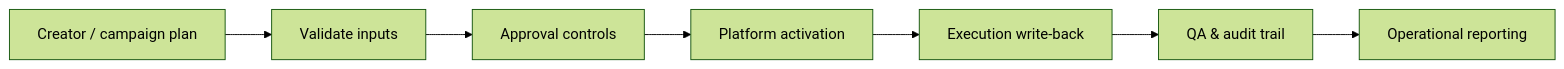
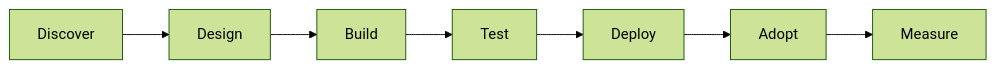
One commit to aisavvy90/ai-deployment-portfolio changed the diagram in README.md. Above: the diagram before and after it, drawn with Mermaid (forest theme). The commit also changed other lines of this file and 13 other files, not shown here.

````diff
--- a/README.md
+++ b/README.md
@@ -96,9 +57,9 @@
 ```mermaid
 flowchart LR
-    A[Creator / campaign plan] --> B[Validate inputs]
-    B --> C[Approval controls]
-    C --> D[Platform activation]
-    D --> E[Execution write-back]
-    E --> F[QA & audit trail]
-    F --> G[Operational reporting]
+    A[Discover] --> B[Design]
+    B --> C[Build]
+    C --> D[Test]
+    D --> E[Deploy]
+    E --> F[Adopt]
+    F --> G[Measure]
 ```
````
